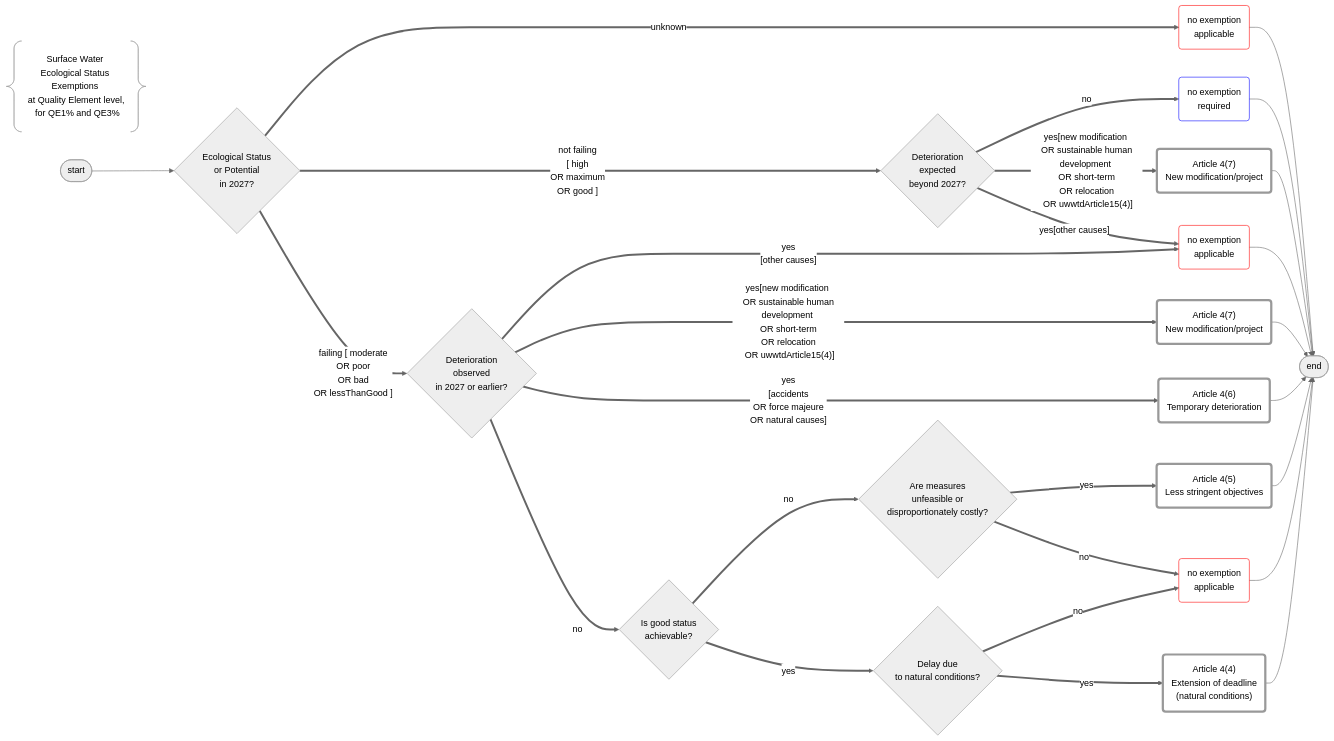
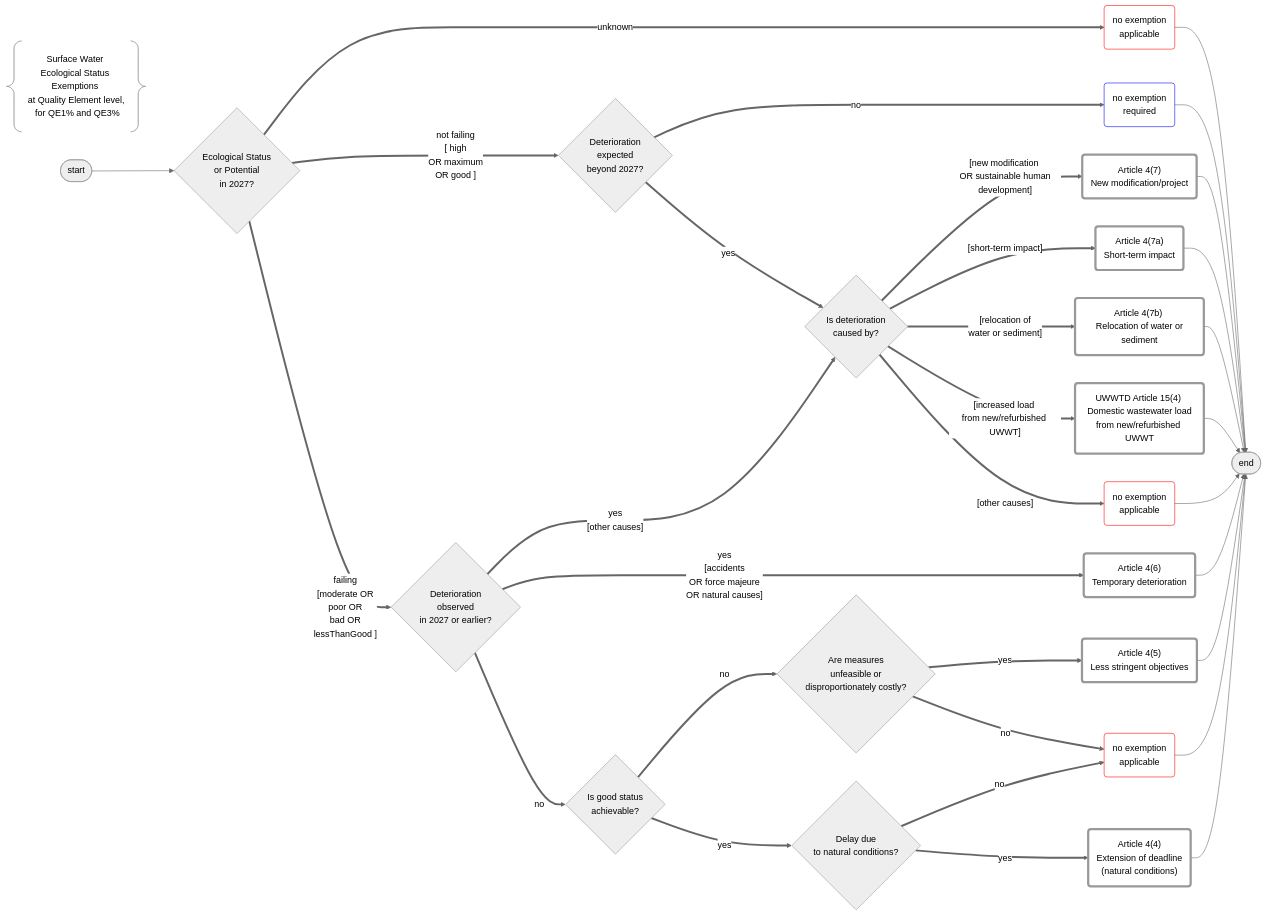
One commit to eeadata/WISE.WFD.Documentation changed the diagram in docs/DataModelReview/mmd/Exemptions_4thCycle_EcologicalExemption_Flowchart.mmd. Above: the diagram before and after it, drawn with Mermaid. The commit also changed 6 other files, not shown here.

```diff
--- a/docs/DataModelReview/mmd/Exemptions_4thCycle_EcologicalExemption_Flowchart.mmd
+++ b/docs/DataModelReview/mmd/Exemptions_4thCycle_EcologicalExemption_Flowchart.mmd
@@ -1,83 +1,91 @@
 %%{init: {'theme': 'neutral'}}%%
 
 flowchart LR
 
 %% Ecological Status Exemptions - Quality Elements
 title@{ shape: braces, label: "Surface Water <br/>Ecological Status Exemptions <br/> at Quality Element level, <br/> for QE1% and QE3%" }
 
 %% Defining the nodes
 		
 initial([start])
 final([end])
 
 %% duplicate nodes for just for flowchart readability
 hasNoApplicableExemption_1("no exemption <br/> applicable"):::stateRed
 hasNoApplicableExemption_2("no exemption <br/> required"):::stateBlue
 hasNoApplicableExemption_3("no exemption <br/> applicable"):::stateRed
 hasNoApplicableExemption_4("no exemption <br/> applicable"):::stateRed
 
 hasExemption44n("Article 4(4) <br/> Extension of deadline <br/> (natural conditions)"):::state
 hasExemption45("Article 4(5) <br/> Less stringent objectives"):::state
 hasExemption46("Article 4(6) <br/> Temporary deterioration"):::state
 
-hasExemption47_1("Article 4(7) <br/> New modification/project"):::state
-hasExemption47_2("Article 4(7) <br/> New modification/project"):::state
+hasExemption47("Article 4(7) <br/> New modification/project"):::state
+hasExemption47a("Article 4(7a) <br/> Short-term impact"):::state
+hasExemption47b("Article 4(7b) <br/> Relocation of water or sediment"):::state
+hasExemption154("UWWTD Article 15(4) <br/> Domestic wastewater load <br/>from new/refurbished UWWT"):::state
 
 %% Defining the decisions
 
 isStatusIn2027{"Ecological Status <br/> or Potential <br/> in 2027?"}
 isDeteriorationExpected{"Deterioration <br/> expected <br/> beyond 2027?"}
 isDeteriorationObserved{"Deterioration <br/> observed <br/> in 2027 or earlier?"}
-
+isDeteriorationCause{"Is deterioration <br/> caused by?"}
 isGoodStatusAchievable{"Is good status <br/> achievable?"}
 isUnfeasibleOrCostly{"Are measures <br/> unfeasible or <br/> disproportionately costly?"}
 isDelayDueToNaturalConditions{"Delay due <br/>to natural conditions?"}
 
 %% Flow to TERMINATORS
 
 initial --> isStatusIn2027
 hasNoApplicableExemption_1 --> final
 hasNoApplicableExemption_2 --> final
 hasNoApplicableExemption_3 --> final
 hasNoApplicableExemption_4 --> final
-hasExemption47_1 --> final 
-hasExemption47_2 --> final 
+
+hasExemption47 --> final 
+hasExemption47a --> final 
+hasExemption47b --> final 
+hasExemption154 --> final 
 hasExemption46 --> final 
 hasExemption45 --> final 
 hasExemption44n --> final 
 
 %% THE IMPORTANT PART STARTS HERE
 
 %% NO EXEMPTION POSSIBLE - If the status is unknown, then exemptions cannot be reported
 isStatusIn2027 ==>|"unknown"|hasNoApplicableExemption_1
 
 %% NO EXEMPTION NEEDED - if the status is not failing and no deterioration is expected, then no exemption is needed
 isStatusIn2027 ==>|"not failing <br/>[ high <br/> OR maximum <br/> OR good ]"|isDeteriorationExpected
 isDeteriorationExpected ==>|no|hasNoApplicableExemption_2
 
 %% ARTICLE 4(7) - DETERIORATION DUE TO NEW MODIFICATION OR PROJECT
-isDeteriorationExpected ==> |"yes[new modification <br/> OR sustainable human development <br/> OR short-term <br/> OR relocation <br/> OR uwwtdArticle15(4)]"|hasExemption47_1
-isDeteriorationExpected ==> |"yes[other causes]"|hasNoApplicableExemption_3
+isDeteriorationExpected ==> |yes|isDeteriorationCause
+
+isDeteriorationCause ==> |"[new modification <br/> OR sustainable human development]"|hasExemption47
+isDeteriorationCause ==> |"[short-term impact]"|hasExemption47a
+isDeteriorationCause ==> |"[relocation of <br/>water or sediment]"|hasExemption47b
+isDeteriorationCause ==> |"[increased load <br/>from new/refurbished UWWT]"|hasExemption154
+isDeteriorationCause ==> |"[other causes]"|hasNoApplicableExemption_3
 
 %% ARTICLE 4(6) - DETERIORATION DUE TO ACCIDENTS OR FORCE MAJEURE OR NATURAL CAUSES
-isStatusIn2027 ==>|"failing [ moderate <br/> OR poor <br/> OR bad <br/> OR lessThanGood ]"|isDeteriorationObserved
-isDeteriorationObserved ==>|"yes <br/>[other causes]"|hasNoApplicableExemption_3
-isDeteriorationObserved ==>|"yes[new modification <br/> OR sustainable human development <br/> OR short-term <br/> OR relocation <br/> OR uwwtdArticle15(4)]"|hasExemption47_2
+isStatusIn2027 ==>|"failing <br/> [moderate OR <br/> poor OR <br/> bad OR <br/>lessThanGood ]"|isDeteriorationObserved
+isDeteriorationObserved ==>|"yes <br/>[other causes]"|isDeteriorationCause
 isDeteriorationObserved ==>|"yes <br/>[accidents <br/>OR force majeure <br/>OR natural causes]"|hasExemption46
-
 isDeteriorationObserved ==>|no|isGoodStatusAchievable
 
 %% ARTICLE 4(5) - LESS STRINGENT OBJECTIVES
 isGoodStatusAchievable ==>|no|isUnfeasibleOrCostly
 isUnfeasibleOrCostly ==> |yes|hasExemption45
 isUnfeasibleOrCostly ==> |no|hasNoApplicableExemption_4
 
 %% ARTICLE 4(4) EXTENSION OF DEADLINE - NATURAL CONDITIONS
 isGoodStatusAchievable ==>|yes|isDelayDueToNaturalConditions
 isDelayDueToNaturalConditions ==>|no|hasNoApplicableExemption_4
 isDelayDueToNaturalConditions ==>|yes|hasExemption44n
 
 %% styling
 classDef state stroke-width:4px,fill:transparent
 classDef stateRed stroke:red,fill:transparent
 classDef stateBlue stroke:blue,fill:transparent
```
